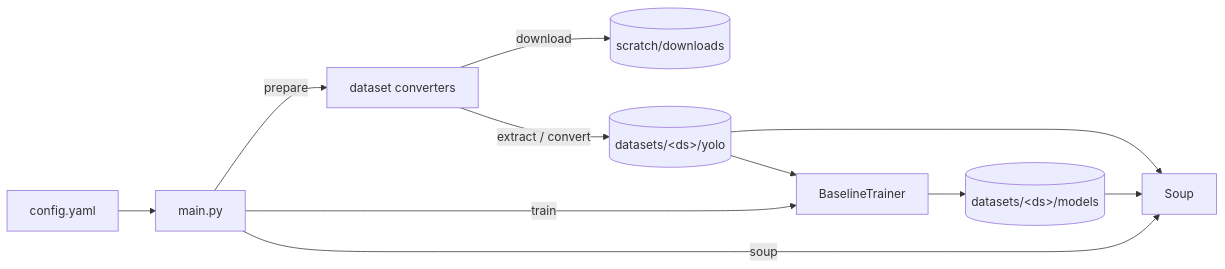
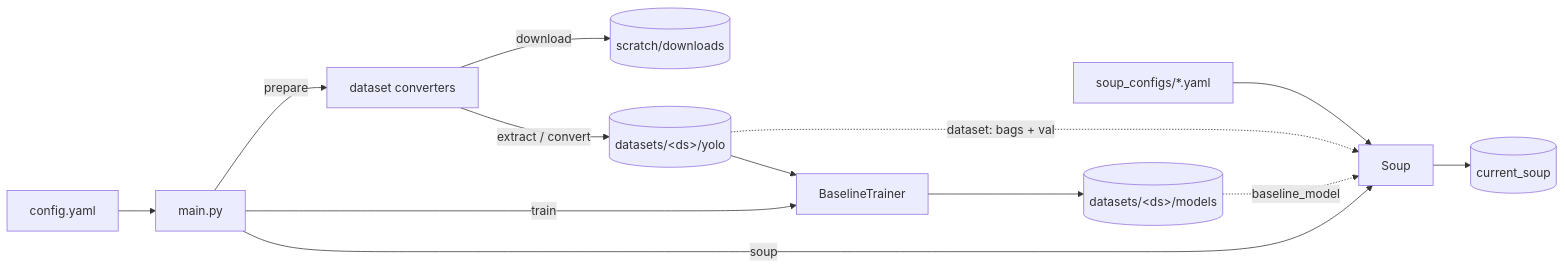
The first of 2 diagrams in README.md (michael-mayo/model_soup), drawn with Mermaid before and after one commit. The commit also changed other lines of this file and 11 other files, not shown here.

Commit message:
finalised soup model code for finetuning any baseline model using a bagged subset of the training data + different augmentation settings

````diff
--- a/README.md
+++ b/README.md
@@ -157,13 +248,15 @@
 ```mermaid
 flowchart LR
     CFG[config.yaml] --> MAIN[main.py]
     MAIN -- prepare --> DS[dataset converters]
     DS -- download --> DL[(scratch/downloads)]
     DS -- extract / convert --> YOLO[(datasets/&lt;ds&gt;/yolo)]
     MAIN -- train --> TR[BaselineTrainer]
     YOLO --> TR
     TR --> MODELS[(datasets/&lt;ds&gt;/models)]
     MAIN -- soup --> SOUP[Soup]
-    MODELS --> SOUP
-    YOLO --> SOUP
+    MODELS -. baseline_model .-> SOUP
+    YOLO -. dataset: bags + val .-> SOUP
+    AUG[soup_configs/*.yaml] --> SOUP
+    SOUP --> MEMBERS[(current_soup)]
 ```
````
